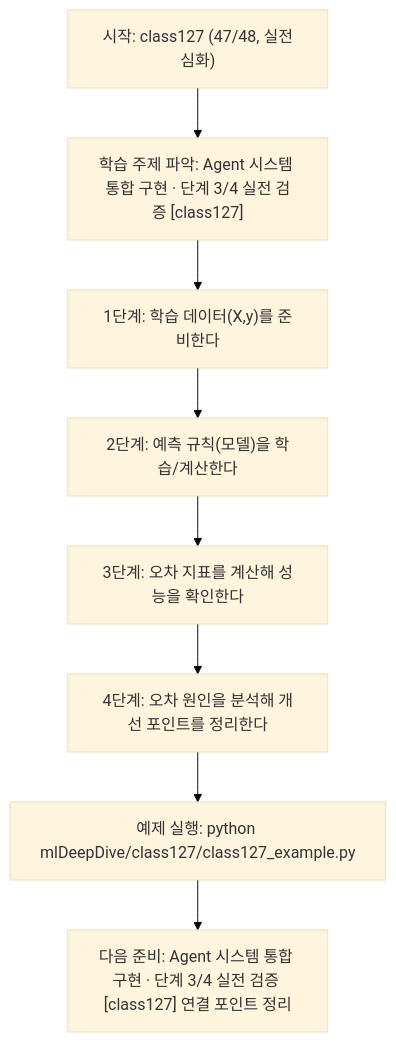
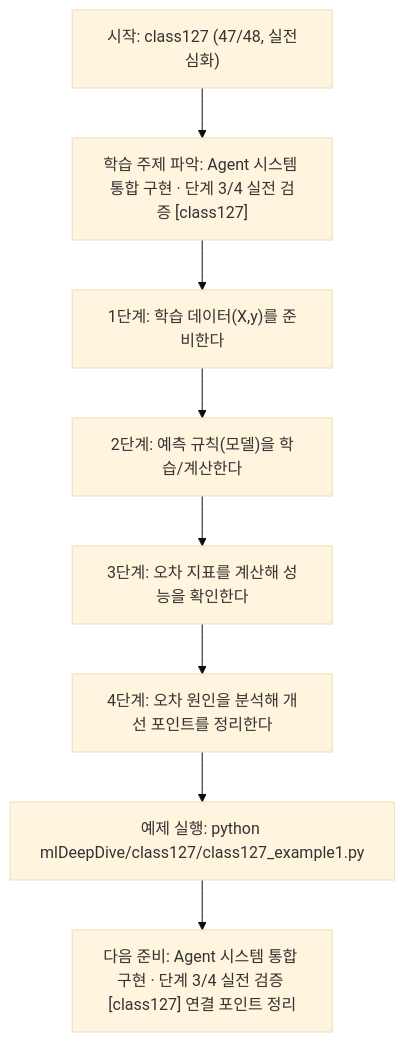
One commit to edumgt/Python-AI_Agent-Class changed the diagram in mlDeepDive/class127/class127.md. Above: the diagram before and after it, drawn with Mermaid (base theme). The commit also changed other lines of this file and 2959 other files, not shown here.

````diff
--- a/mlDeepDive/class127/class127.md
+++ b/mlDeepDive/class127/class127.md
@@ -111,18 +111,18 @@
 ```mermaid
 flowchart TD
 N1["시작: class127 (47/48, 실전심화)"]
 N2["학습 주제 파악: Agent 시스템 통합 구현 · 단계 3/4 실전 검증 [class127]"]
 N3["1단계: 학습 데이터(X,y)를 준비한다"]
 N4["2단계: 예측 규칙(모델)을 학습/계산한다"]
 N5["3단계: 오차 지표를 계산해 성능을 확인한다"]
 N6["4단계: 오차 원인을 분석해 개선 포인트를 정리한다"]
-N7["예제 실행: python mlDeepDive/class127/class127_example.py"]
+N7["예제 실행: python mlDeepDive/class127/class127_example1.py"]
 N8["다음 준비: Agent 시스템 통합 구현 · 단계 3/4 실전 검증 [class127] 연결 포인트 정리"]
 N1 --> N2
 N2 --> N3
 N3 --> N4
 N4 --> N5
 N5 --> N6
 N6 --> N7
 N7 --> N8
 ```
````
